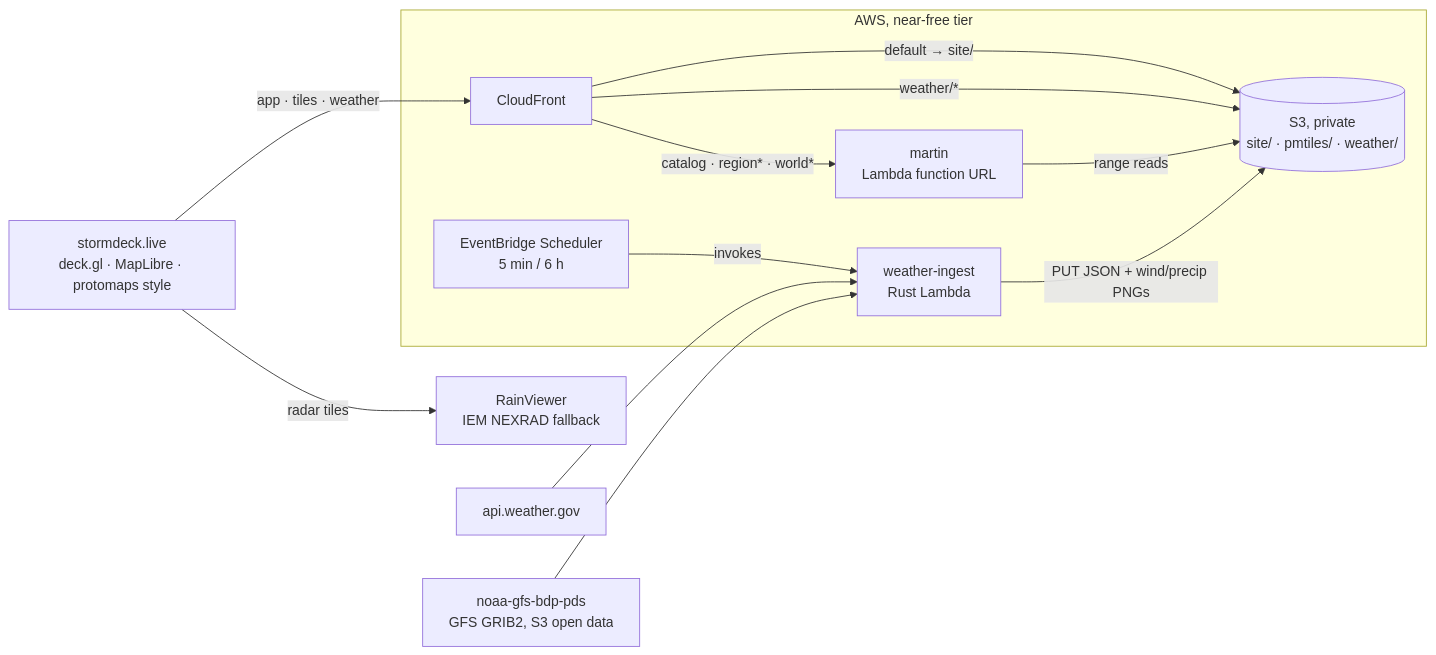
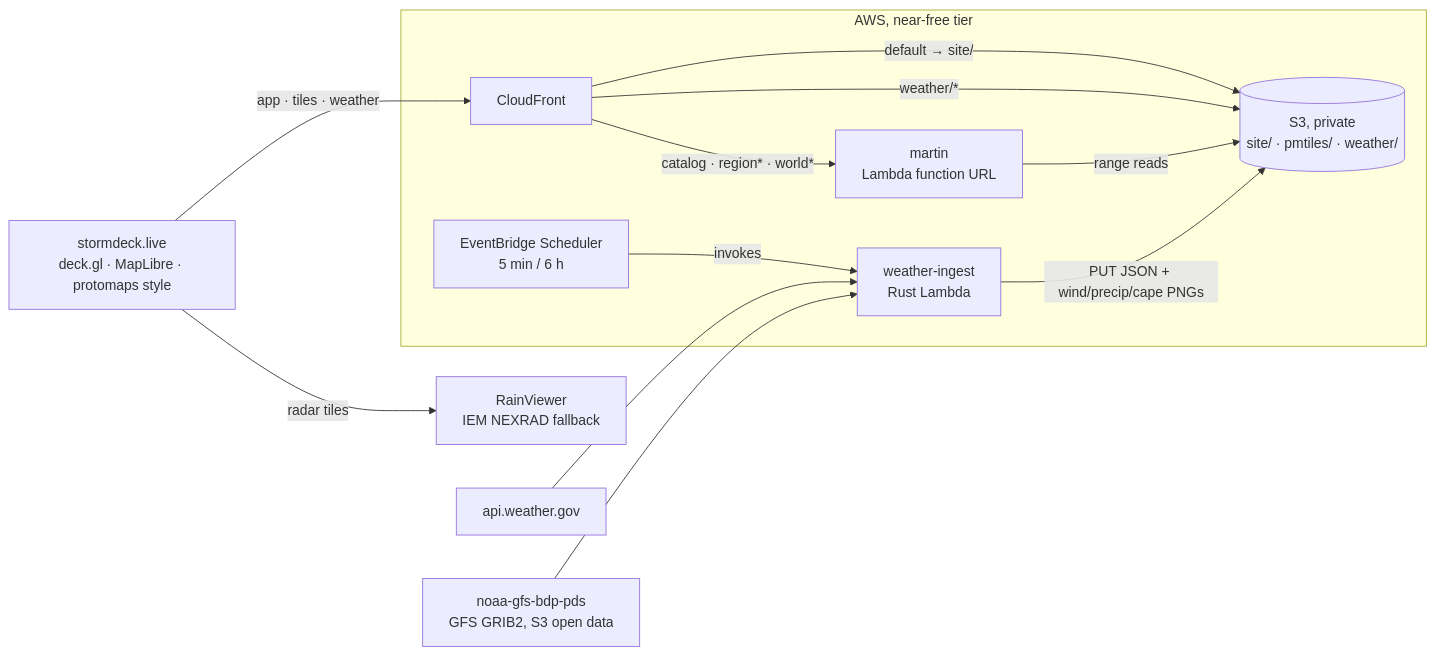
Before and after one commit to johncarmack1984/stormdeck: the diagram in README.md, drawn with Mermaid. The commit also changed other lines of this file and 12 other files, not shown here.

````diff
--- a/README.md
+++ b/README.md
@@ -13,27 +13,27 @@
 ```mermaid
 flowchart LR
     viewer["stormdeck.live<br/>deck.gl · MapLibre · protomaps style"]
 
     subgraph aws["AWS, near-free tier"]
         cdn["CloudFront"]
         martin["martin<br/>Lambda function URL"]
         bucket[("S3, private<br/>site/ · pmtiles/ · weather/")]
         ingest["weather-ingest<br/>Rust Lambda"]
         sched["EventBridge Scheduler<br/>5 min / 6 h"]
     end
 
     nws["api.weather.gov"]
     gfs["noaa-gfs-bdp-pds<br/>GFS GRIB2, S3 open data"]
     radar["RainViewer<br/>IEM NEXRAD fallback"]
 
     viewer -->|"app · tiles · weather"| cdn
     viewer -->|"radar tiles"| radar
     cdn -->|"default → site/"| bucket
     cdn -->|"catalog · region* · world*"| martin
     cdn -->|"weather/*"| bucket
     martin -->|"range reads"| bucket
     sched -->|"invokes"| ingest
     nws --> ingest
     gfs --> ingest
-    ingest -->|"PUT JSON + wind/precip PNGs"| bucket
+    ingest -->|"PUT JSON + wind/precip/cape PNGs"| bucket
 ```
````
